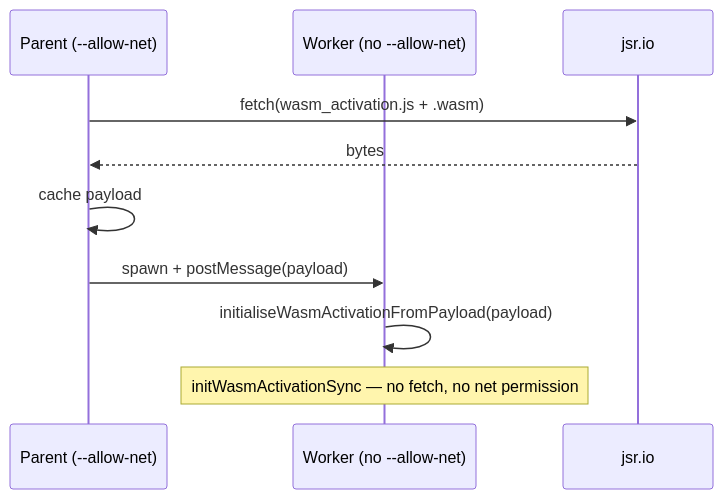
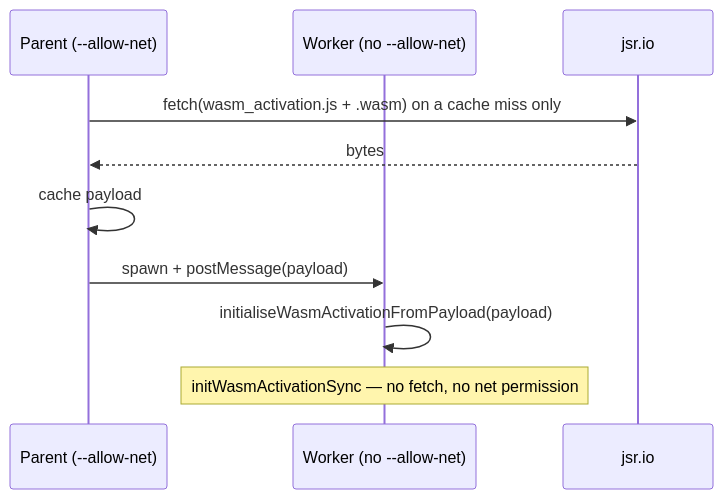
Before and after one commit to stSoftwareAU/NEAT-AI: the fourth of 4 diagrams in docs/troubleshooting/WASM.md, drawn with Mermaid. The commit also changed other lines of this file and 11 other files, not shown here.

First line of the commit message:
Load the WASM activation payload cache-first (#4097) (#4103)

````diff
--- a/docs/troubleshooting/WASM.md
+++ b/docs/troubleshooting/WASM.md
@@ -356,13 +377,13 @@
 ```mermaid
 sequenceDiagram
     participant Parent as Parent (--allow-net)
     participant Worker as Worker (no --allow-net)
     participant JSR as jsr.io
 
-    Parent->>JSR: fetch(wasm_activation.js + .wasm)
+    Parent->>JSR: fetch(wasm_activation.js + .wasm) on a cache miss only
     JSR-->>Parent: bytes
     Parent->>Parent: cache payload
     Parent->>Worker: spawn + postMessage(payload)
     Worker->>Worker: initialiseWasmActivationFromPayload(payload)
     Note over Worker: initWasmActivationSync — no fetch, no net permission
 ```
````
